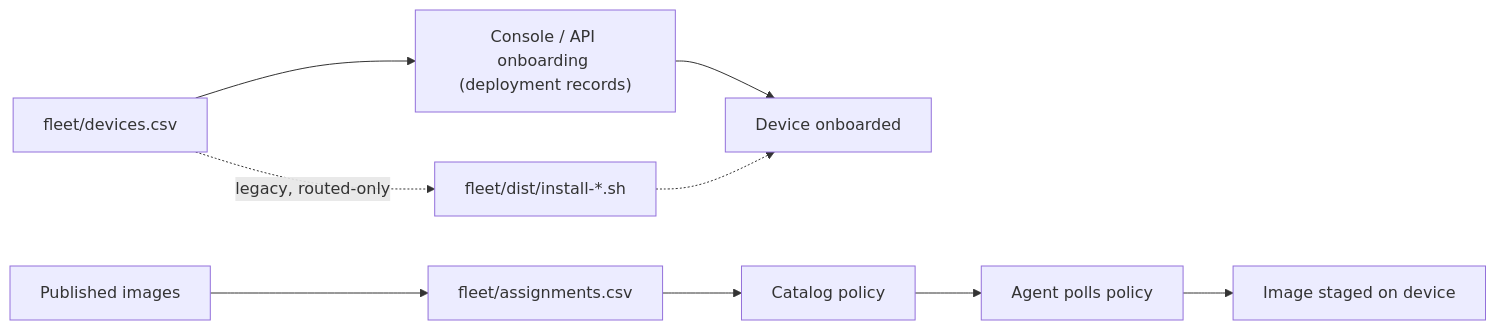
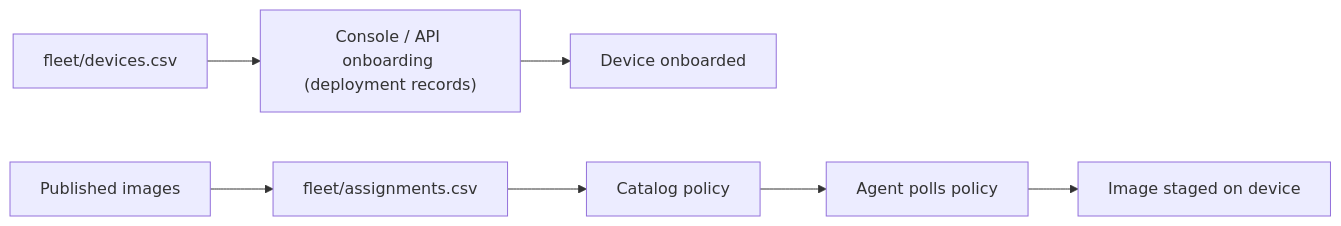
Before and after one commit to cisco-open/intelligent-release-image-staging: the diagram in docs/zensical/fleet-workflows.md, drawn with Mermaid. The commit also changed other lines of this file and 72 other files, not shown here.

````diff
--- a/docs/zensical/fleet-workflows.md
+++ b/docs/zensical/fleet-workflows.md
@@ -165,11 +158,9 @@
 ```mermaid
 flowchart LR
     Inventory["fleet/devices.csv"] --> Console["Console / API onboarding (deployment records)"]
     Console --> Device["Device onboarded"]
-    Inventory -. legacy, routed-only .-> Installers["fleet/dist/install-*.sh"]
-    Installers -.-> Device
     Images["Published images"] --> Assignments["fleet/assignments.csv"]
     Assignments --> Policy["Catalog policy"]
     Policy --> Agent["Agent polls policy"]
     Agent --> Stage["Image staged on device"]
 ```
````
